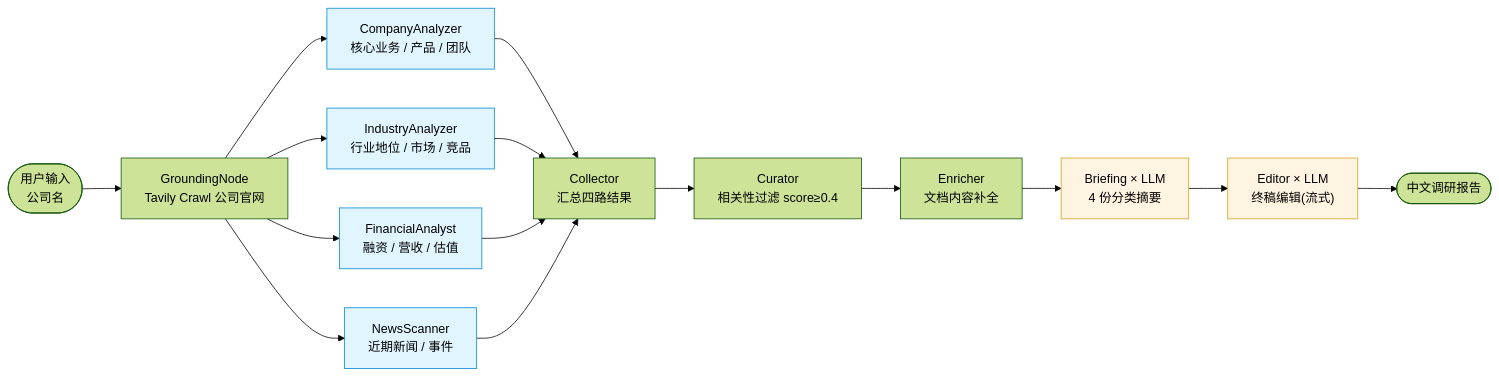
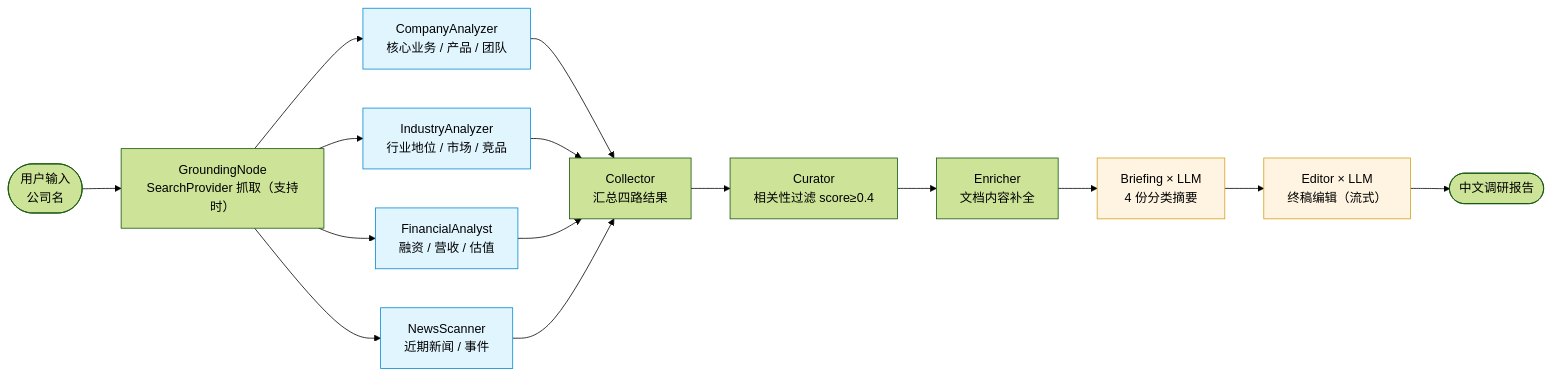
One commit to BovmantH/cn-company-research-agent changed the second of 2 diagrams in README.md. Above: the diagram before and after it, drawn with Mermaid (forest theme). The commit also changed other lines of this file and 1 other file, not shown here.

````diff
--- a/README.md
+++ b/README.md
@@ -89,19 +98,19 @@
 ```mermaid
 flowchart LR
     Input([用户输入<br/>公司名]) --> Grounding
-    Grounding["GroundingNode<br/>Tavily Crawl 公司官网"] --> R1 & R2 & R3 & R4
+    Grounding["GroundingNode<br/>SearchProvider 抓取（支持时）"] --> R1 & R2 & R3 & R4
     R1["CompanyAnalyzer<br/>核心业务 / 产品 / 团队"] --> Collector
     R2["IndustryAnalyzer<br/>行业地位 / 市场 / 竞品"] --> Collector
     R3["FinancialAnalyst<br/>融资 / 营收 / 估值"] --> Collector
     R4["NewsScanner<br/>近期新闻 / 事件"] --> Collector
     Collector["Collector<br/>汇总四路结果"] --> Curator["Curator<br/>相关性过滤 score≥0.4"]
     Curator --> Enricher["Enricher<br/>文档内容补全"]
     Enricher --> Briefing["Briefing × LLM<br/>4 份分类摘要"]
-    Briefing --> Editor["Editor × LLM<br/>终稿编辑(流式)"]
+    Briefing --> Editor["Editor × LLM<br/>终稿编辑（流式）"]
     Editor --> Report([中文调研报告])
 
     classDef llmnode fill:#fff4e1,stroke:#d4a017
     classDef parallel fill:#e1f5ff,stroke:#0288d1
     class R1,R2,R3,R4 parallel
     class Briefing,Editor llmnode
 ```
````
